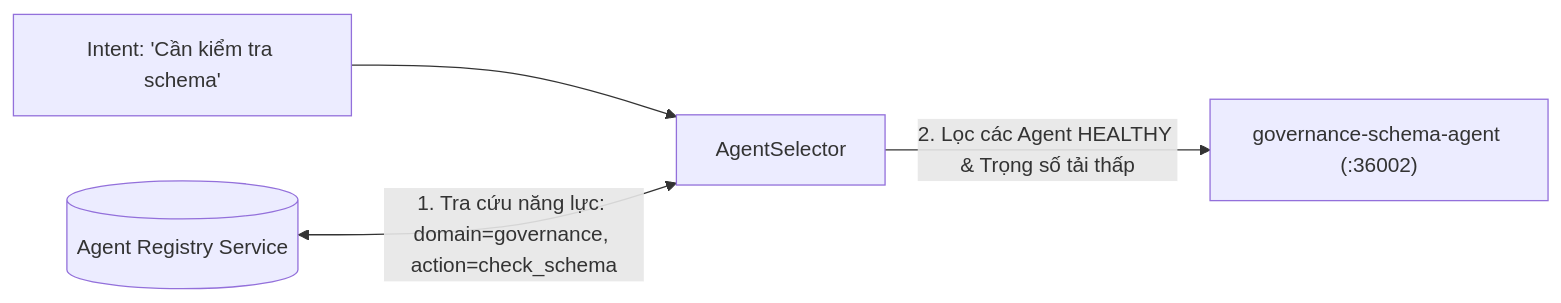
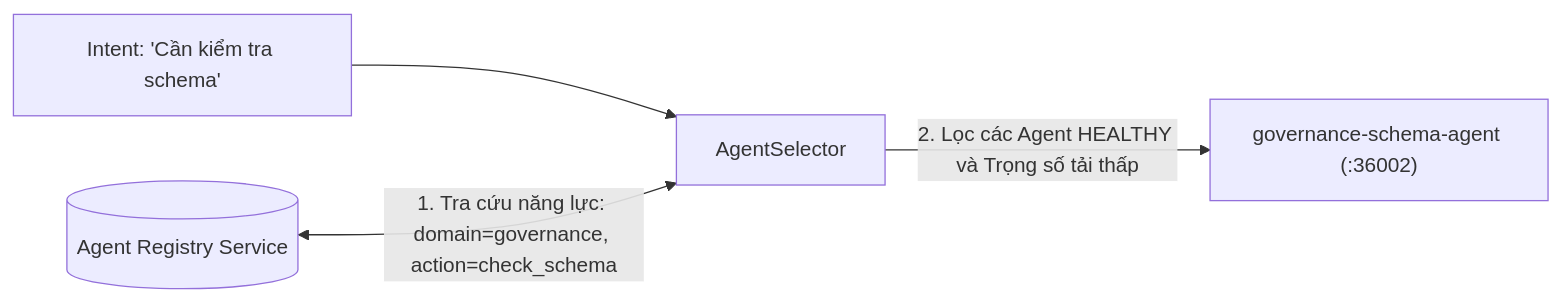
Before and after one commit to namvoit1710-cmyk/tech-stack: the first of 2 diagrams in docs/agent/03-orchestrator/02-multi-agent-coordination.md, drawn with Mermaid. The commit also changed 11 other files, not shown here.

Commit message:
fix(docs): fix Mermaid diagram syntax errors across all markdown files (quote edge labels, fix bidirectional arrows)

````diff
--- a/docs/agent/03-orchestrator/02-multi-agent-coordination.md
+++ b/docs/agent/03-orchestrator/02-multi-agent-coordination.md
@@ -12,7 +12,7 @@
 ```mermaid
 flowchart LR
     INTENT["Intent: 'Cần kiểm tra schema'"] --> SELECTOR["AgentSelector"]
-    REGISTRY[("Agent Registry Service")] <-->|1. Tra cứu năng lực: domain=governance, action=check_schema| SELECTOR
+    REGISTRY[("Agent Registry Service")] <-->|"1. Tra cứu năng lực: domain=governance, action=check_schema"| SELECTOR
     
-    SELECTOR -->|2. Lọc các Agent HEALTHY & Trọng số tải thấp| TARGET["governance-schema-agent (:36002)"]
+    SELECTOR -->|"2. Lọc các Agent HEALTHY và Trọng số tải thấp"| TARGET["governance-schema-agent (:36002)"]
 ```
````
